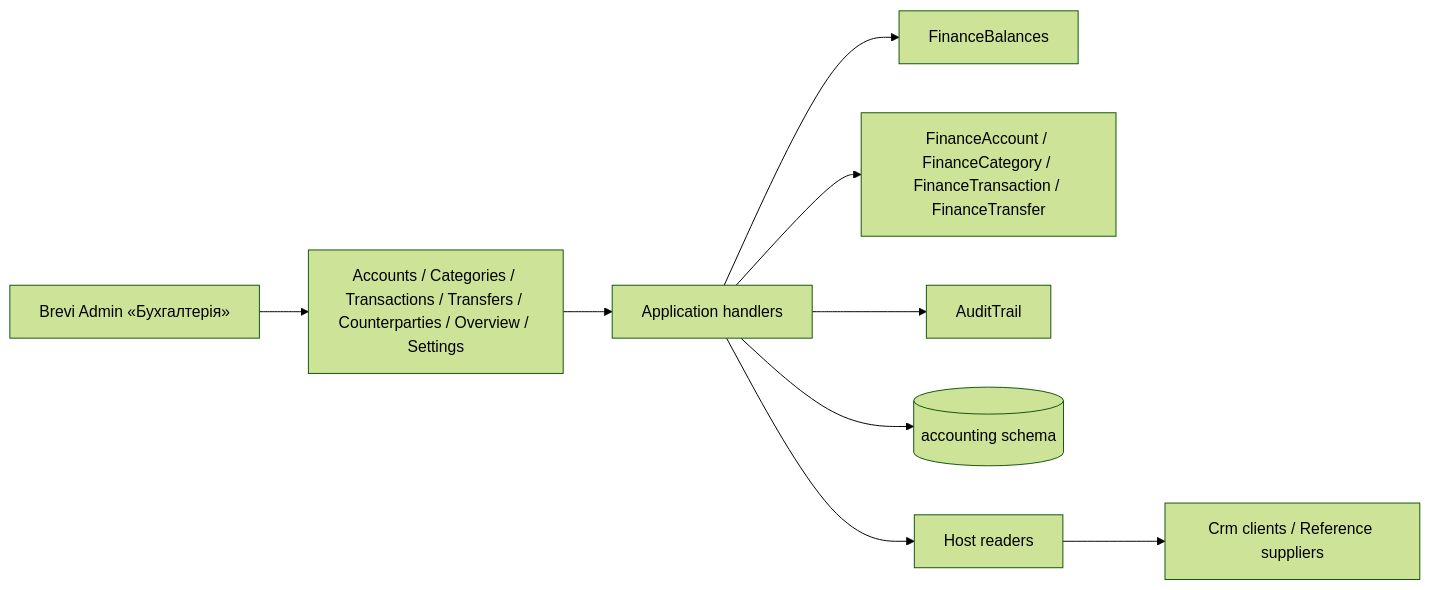
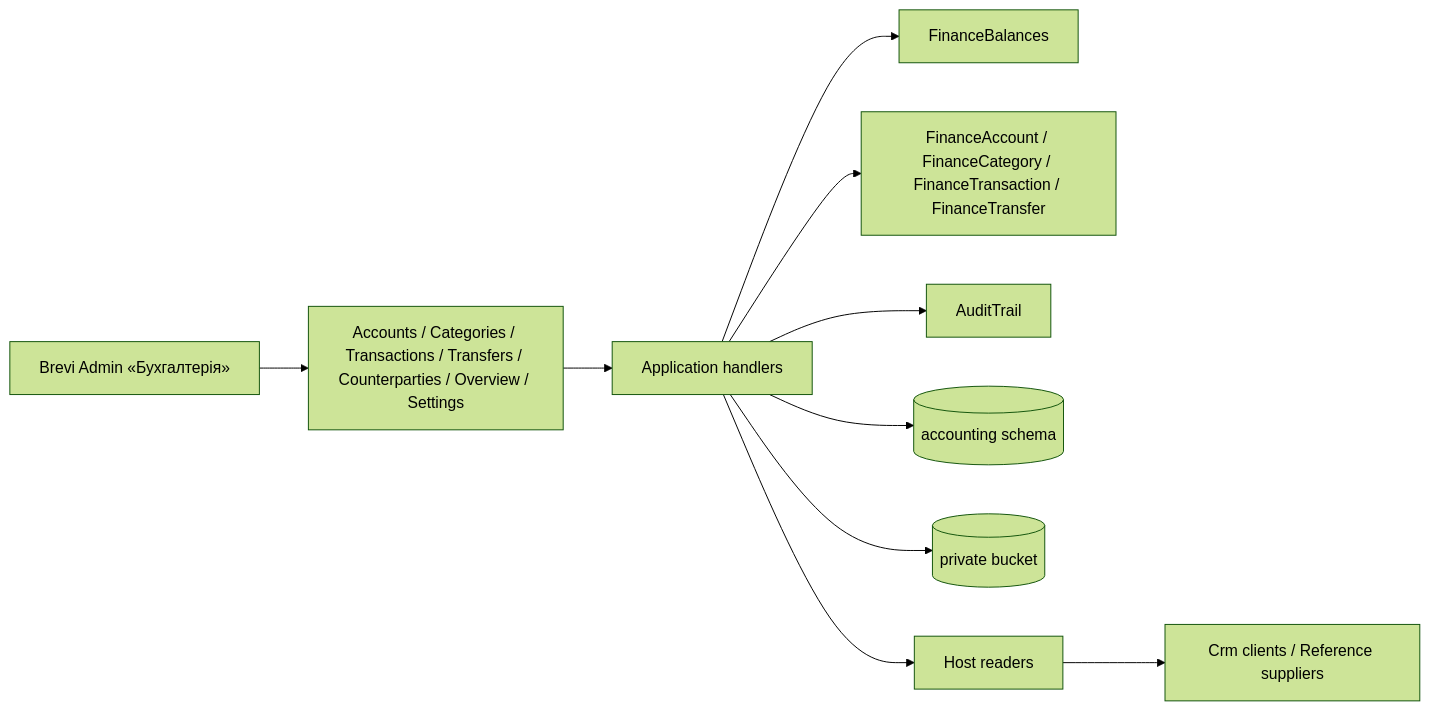
One commit to Weretik/BreviERP changed the diagram in docs/sdd/features/accounting/finance.md. Above: the diagram before and after it, drawn with Mermaid (forest theme). The commit also changed other lines of this file and 35 other files, not shown here.

````diff
--- a/docs/sdd/features/accounting/finance.md
+++ b/docs/sdd/features/accounting/finance.md
@@ -53,10 +57,11 @@
 ```mermaid
 flowchart LR
   Admin[Brevi Admin «Бухгалтерія»] --> Controllers[Accounts / Categories / Transactions / Transfers / Counterparties / Overview / Settings]
   Controllers --> Handlers[Application handlers]
   Handlers --> Balances[FinanceBalances]
   Handlers --> Domain[FinanceAccount / FinanceCategory / FinanceTransaction / FinanceTransfer]
   Handlers --> Audit[AuditTrail]
   Handlers --> Db[(accounting schema)]
+  Handlers --> Files[(private bucket)]
   Handlers --> Readers[Host readers] --> Others[Crm clients / Reference suppliers]
 ```
````
